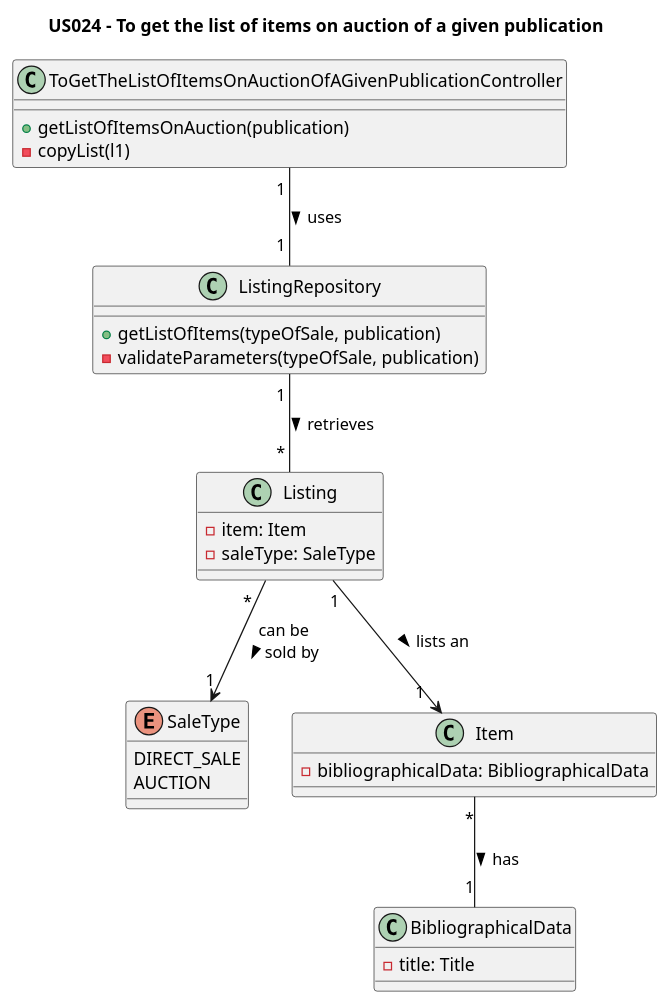
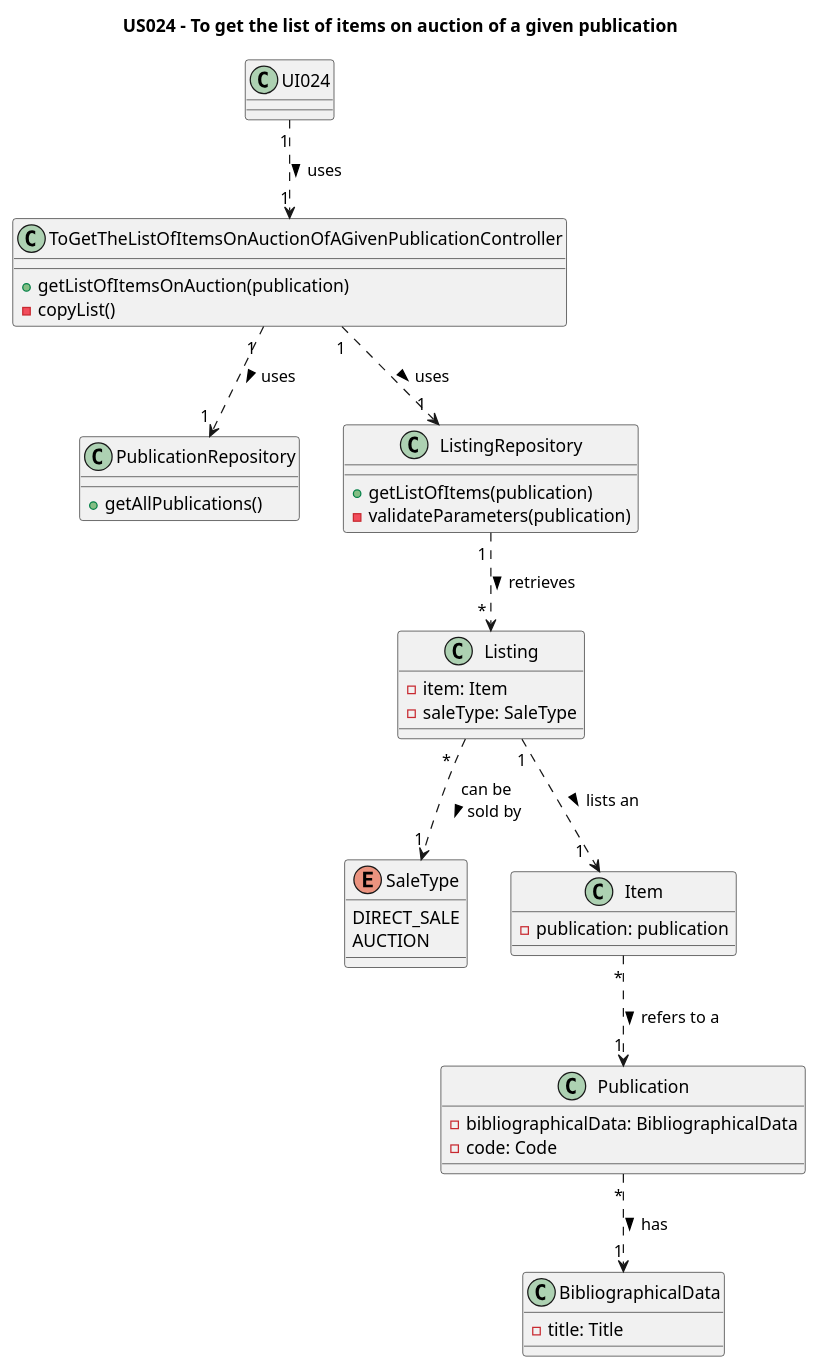
Before and after one commit to AndrePereiraGitH/SWitCH-Project-Team_A: the diagram in Diagrams/ClassDiagrams/US024-to-get-the-list-of-items-on-auction-of-a-given-publication.puml, drawn with PlantUML. The commit also changed 6 other files, not shown here.

```diff
--- a/Diagrams/ClassDiagrams/US024-to-get-the-list-of-items-on-auction-of-a-given-publication.puml
+++ b/Diagrams/ClassDiagrams/US024-to-get-the-list-of-items-on-auction-of-a-given-publication.puml
@@ -1,41 +1,62 @@
 @startuml
 title US024 - To get the list of items on auction of a given publication
 
+class UI024 {
+
+}
+
 class ToGetTheListOfItemsOnAuctionOfAGivenPublicationController {
   +getListOfItemsOnAuction(publication)
-  -copyList(l1)
+  -copyList()
+}
+
+class PublicationRepository{
+    +getAllPublications()
 }
 
 class ListingRepository {
-  +getListOfItems(typeOfSale, publication)
+  +getListOfItems(publication)
   ' -convertStringToEnum(typeOfSale, publication)
-  -validateParameters(typeOfSale, publication)
+  -validateParameters(publication)
 }
 
 class Listing {
   - item: Item
   - saleType: SaleType
 }
 
 enum SaleType {
     DIRECT_SALE
     AUCTION
 }
 
+' class Item {
+'    - bibliographicalData: BibliographicalData
+'}
+
 class Item {
+    - publication: publication
+}
+
+class Publication {
     - bibliographicalData: BibliographicalData
+    - code: Code
 }
 
 class BibliographicalData {
     - title: Title
 }
 
 ' Interactions
 
-ToGetTheListOfItemsOnAuctionOfAGivenPublicationController  "1 " -- "1 " ListingRepository : uses >
-ListingRepository "1 " -- " * " Listing : retrieves >
-Listing "                                *" --> "1" SaleType : can be\nsold by >
-Listing "1"--> "1  " Item : lists an >
-Item "*" -- "1" BibliographicalData: has >
+UI024 "1" ..> "1" ToGetTheListOfItemsOnAuctionOfAGivenPublicationController: uses >
+ToGetTheListOfItemsOnAuctionOfAGivenPublicationController  "1 " ..> "1 " ListingRepository : uses >
+ToGetTheListOfItemsOnAuctionOfAGivenPublicationController  "1 " ..> "1 " PublicationRepository : uses >
+ListingRepository "1 " ..> " * " Listing : retrieves >
+Listing "                                *" ..> "1" SaleType : can be\nsold by >
+Listing "1" ..> "1  " Item : lists an >
+' Item "*" -- "1" BibliographicalData: has >
+Item "*" ..> "1" Publication: refers to a >
+Publication "*" ..> "1" BibliographicalData: has >
 
 @enduml
```
